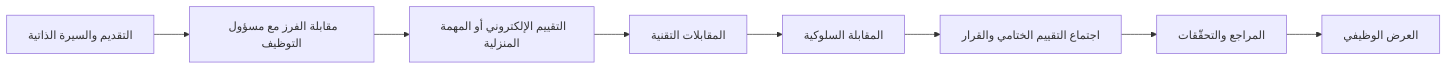
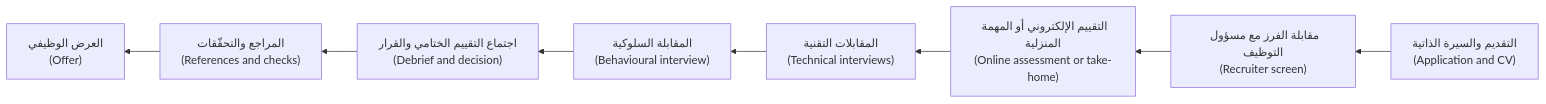
One commit to Tamoura/system-design-for-vibe-coders changed the first of 3 diagrams in career/modules/05-interviews.ar.md. Above: the diagram before and after it, drawn with Mermaid. The commit also changed other lines of this file and 20 other files, not shown here.

First line of the commit message:
New courses: Arabic diagrams read right-to-left with English labels (modules 0–6)

````diff
--- a/career/modules/05-interviews.ar.md
+++ b/career/modules/05-interviews.ar.md
@@ -31,10 +31,10 @@
 ```mermaid
-flowchart LR
-    A["التقديم والسيرة الذاتية"] --> B["مقابلة الفرز مع مسؤول التوظيف"]
-    B --> C["التقييم الإلكتروني أو المهمة المنزلية"]
-    C --> D["المقابلات التقنية"]
-    D --> E["المقابلة السلوكية"]
-    E --> F["اجتماع التقييم الختامي والقرار"]
-    F --> G["المراجع والتحقّقات"]
-    G --> H["العرض الوظيفي"]
+flowchart RL
+    A["التقديم والسيرة الذاتية<br/>(Application and CV)"] --> B["مقابلة الفرز مع مسؤول التوظيف<br/>(Recruiter screen)"]
+    B --> C["التقييم الإلكتروني أو المهمة المنزلية<br/>(Online assessment or take-home)"]
+    C --> D["المقابلات التقنية<br/>(Technical interviews)"]
+    D --> E["المقابلة السلوكية<br/>(Behavioural interview)"]
+    E --> F["اجتماع التقييم الختامي والقرار<br/>(Debrief and decision)"]
+    F --> G["المراجع والتحقّقات<br/>(References and checks)"]
+    G --> H["العرض الوظيفي<br/>(Offer)"]
 ```
````
